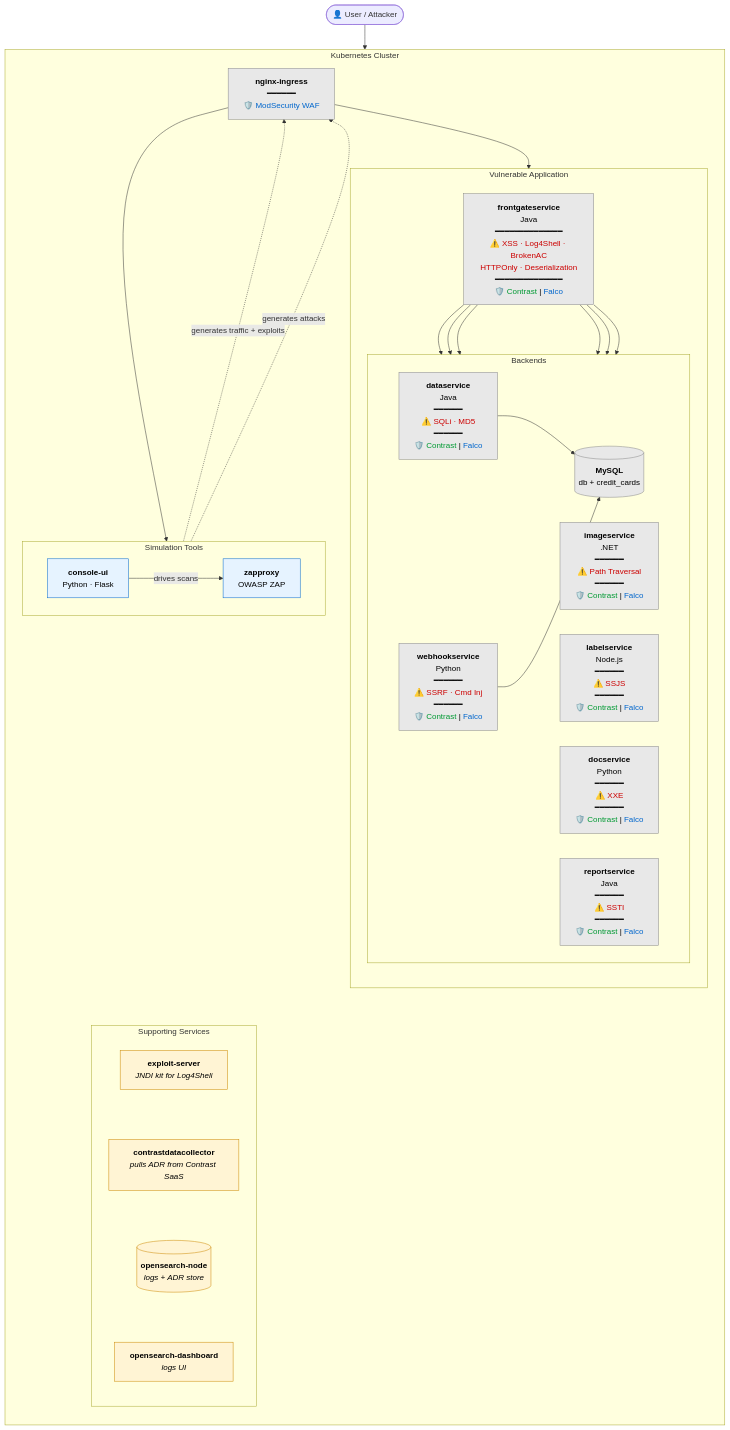
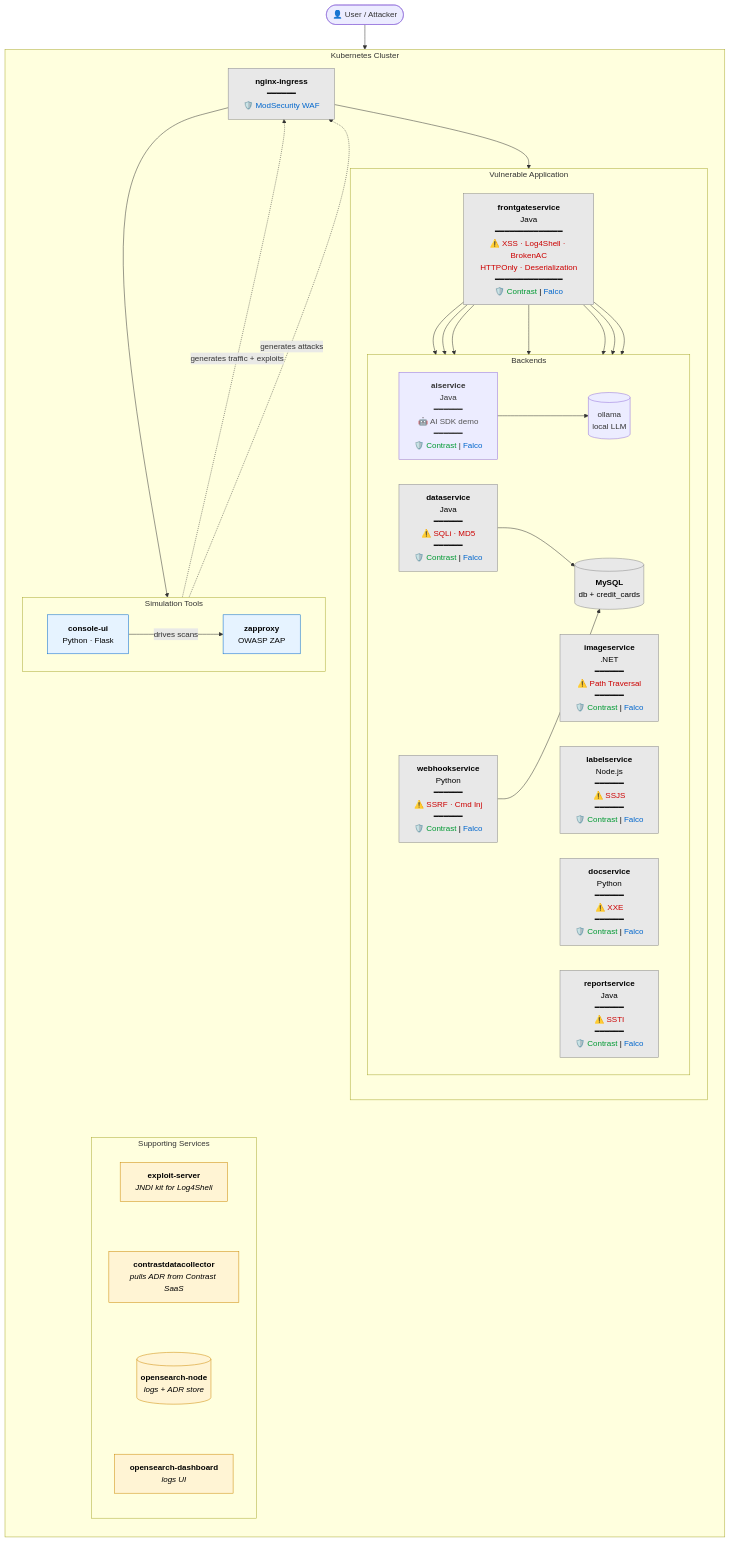
One commit to slevin4contrast/cargo-cats changed the diagram in README.md. Above: the diagram before and after it, drawn with Mermaid. The commit also changed other lines of this file and 1 other file, not shown here.

Commit message:
docs: update README and AI-DEMO for standalone aiservice; add hidden AI pattern docs

````diff
--- a/README.md
+++ b/README.md
@@ -8,69 +8,73 @@
 ```mermaid
 flowchart TB
     User([👤 User / Attacker])
 
     subgraph K8S["Kubernetes Cluster"]
         direction TB
 
         Ingress["<b>nginx-ingress</b><br/>━━━━━━<br/>🛡️ <font color='#0066cc'>ModSecurity WAF</font>"]
 
         subgraph APP["Vulnerable Application"]
             direction TB
             FG["<b>frontgateservice</b><br/>Java<br/>━━━━━━━━━━━━━━<br/><font color='#c00'>⚠️ XSS · Log4Shell · BrokenAC<br/>HTTPOnly · Deserialization</font><br/>━━━━━━━━━━━━━━<br/>🛡️ <font color='#093'>Contrast</font> | <font color='#0066cc'>Falco</font>"]
 
             subgraph BE["Backends"]
                 direction LR
                 DS["<b>dataservice</b><br/>Java<br/>━━━━━━<br/><font color='#c00'>⚠️ SQLi · MD5</font><br/>━━━━━━<br/>🛡️ <font color='#093'>Contrast</font> | <font color='#0066cc'>Falco</font>"]
                 WH["<b>webhookservice</b><br/>Python<br/>━━━━━━<br/><font color='#c00'>⚠️ SSRF · Cmd Inj</font><br/>━━━━━━<br/>🛡️ <font color='#093'>Contrast</font> | <font color='#0066cc'>Falco</font>"]
                 IS["<b>imageservice</b><br/>.NET<br/>━━━━━━<br/><font color='#c00'>⚠️ Path Traversal</font><br/>━━━━━━<br/>🛡️ <font color='#093'>Contrast</font> | <font color='#0066cc'>Falco</font>"]
                 LS["<b>labelservice</b><br/>Node.js<br/>━━━━━━<br/><font color='#c00'>⚠️ SSJS</font><br/>━━━━━━<br/>🛡️ <font color='#093'>Contrast</font> | <font color='#0066cc'>Falco</font>"]
                 DC["<b>docservice</b><br/>Python<br/>━━━━━━<br/><font color='#c00'>⚠️ XXE</font><br/>━━━━━━<br/>🛡️ <font color='#093'>Contrast</font> | <font color='#0066cc'>Falco</font>"]
                 RS["<b>reportservice</b><br/>Java<br/>━━━━━━<br/><font color='#c00'>⚠️ SSTI</font><br/>━━━━━━<br/>🛡️ <font color='#093'>Contrast</font> | <font color='#0066cc'>Falco</font>"]
+                AS["<b>aiservice</b><br/>Java<br/>━━━━━━<br/><font color='#555'>🤖 AI SDK demo</font><br/>━━━━━━<br/>🛡️ <font color='#093'>Contrast</font> | <font color='#0066cc'>Falco</font>"]
+                OL[("</b>ollama</b><br/>local LLM")]
                 DB[("<b>MySQL</b><br/>db + credit_cards")]
             end
         end
 
         subgraph SIM["Simulation Tools"]
             direction LR
             CU["<b>console-ui</b><br/>Python · Flask"]
             ZAP["<b>zapproxy</b><br/>OWASP ZAP"]
             CU -- "drives scans" --> ZAP
         end
 
         subgraph SUPP["Supporting Services"]
             direction TB
             EX["<b>exploit-server</b><br/><i>JNDI kit for Log4Shell</i>"]
             CDC["<b>contrastdatacollector</b><br/><i>pulls ADR from Contrast SaaS</i>"]
             OSN[("<b>opensearch-node</b><br/><i>logs + ADR store</i>")]
             OSD["<b>opensearch-dashboard</b><br/><i>logs UI</i>"]
             EX ~~~ CDC
             CDC ~~~ OSN
             OSN ~~~ OSD
         end
     end
 
     User --> Ingress
     Ingress --> FG
     Ingress --> CU
     Ingress ~~~ ZAP
     FG --> DS
     FG --> WH
     FG --> IS
     FG --> LS
     FG --> DC
     FG --> RS
+    FG --> AS
+    AS --> OL
     DS --> DB
     WH --> DB
 
     CU  -. "generates traffic + exploits" .-> Ingress
     ZAP -. "generates attacks" .-> Ingress
 
     ZAP ~~~ EX
 
     classDef vuln fill:#e8e8e8,stroke:#888,color:#000
     classDef sim  fill:#e6f3ff,stroke:#06c,color:#000
     classDef supp fill:#fff4d4,stroke:#c80,color:#000
     class FG,DS,WH,IS,LS,DC,RS,DB,Ingress vuln
     class CU,ZAP sim
     class EX,CDC,OSN,OSD supp
 ```
````
